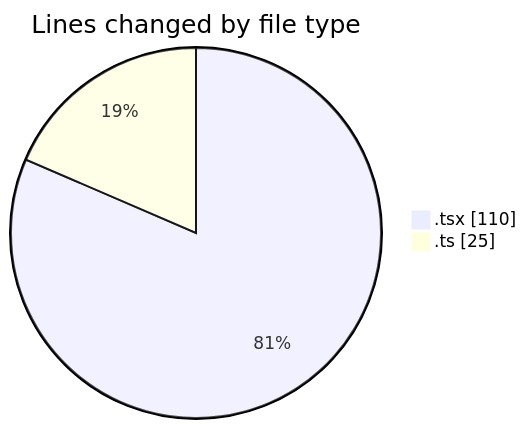
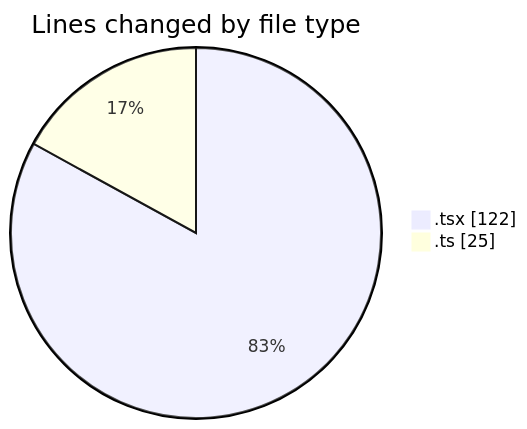
The first of 2 diagrams in 2025-03-19/peregrino-web/README.md (robertbonfada/code-tracking), drawn with Mermaid before and after one commit. The commit also changed other lines of this file and 1 other file, not shown here.

````diff
--- a/2025-03-19/peregrino-web/README.md
+++ b/2025-03-19/peregrino-web/README.md
@@ -22,6 +23,6 @@
 ```mermaid
 pie showData
 title Lines changed by file type
-".tsx" : 110
+".tsx" : 122
 ".ts" : 25
 ```
````
